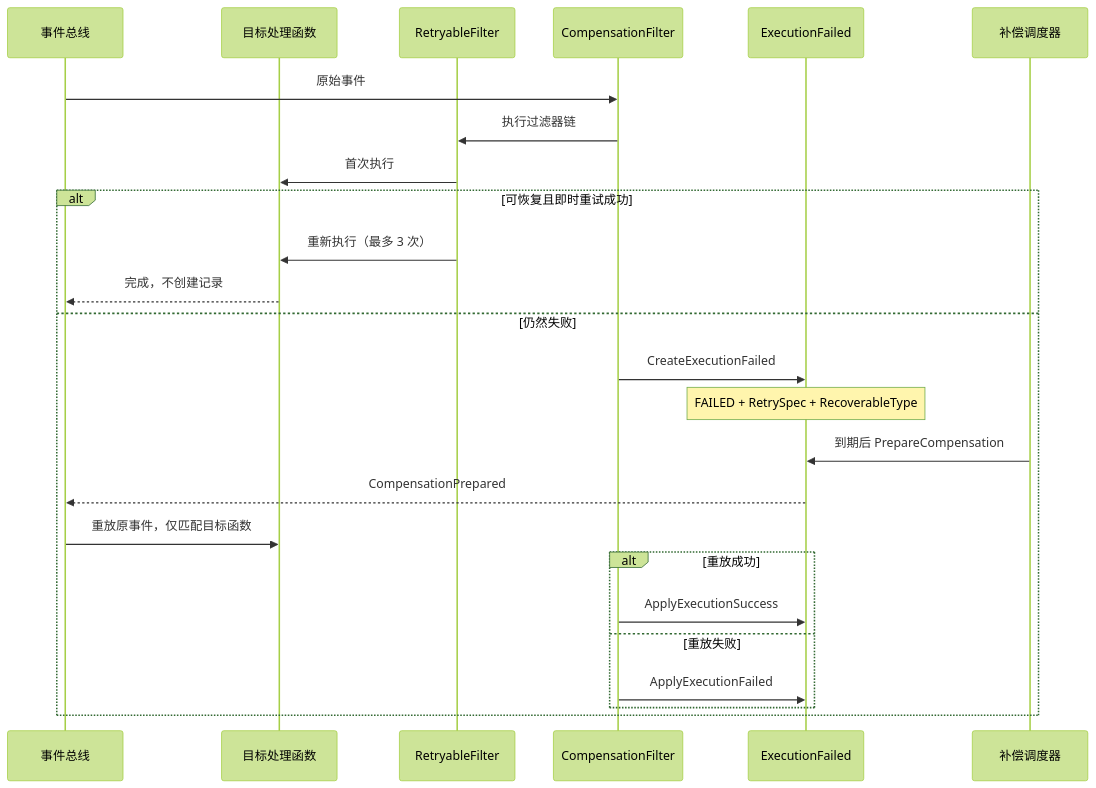
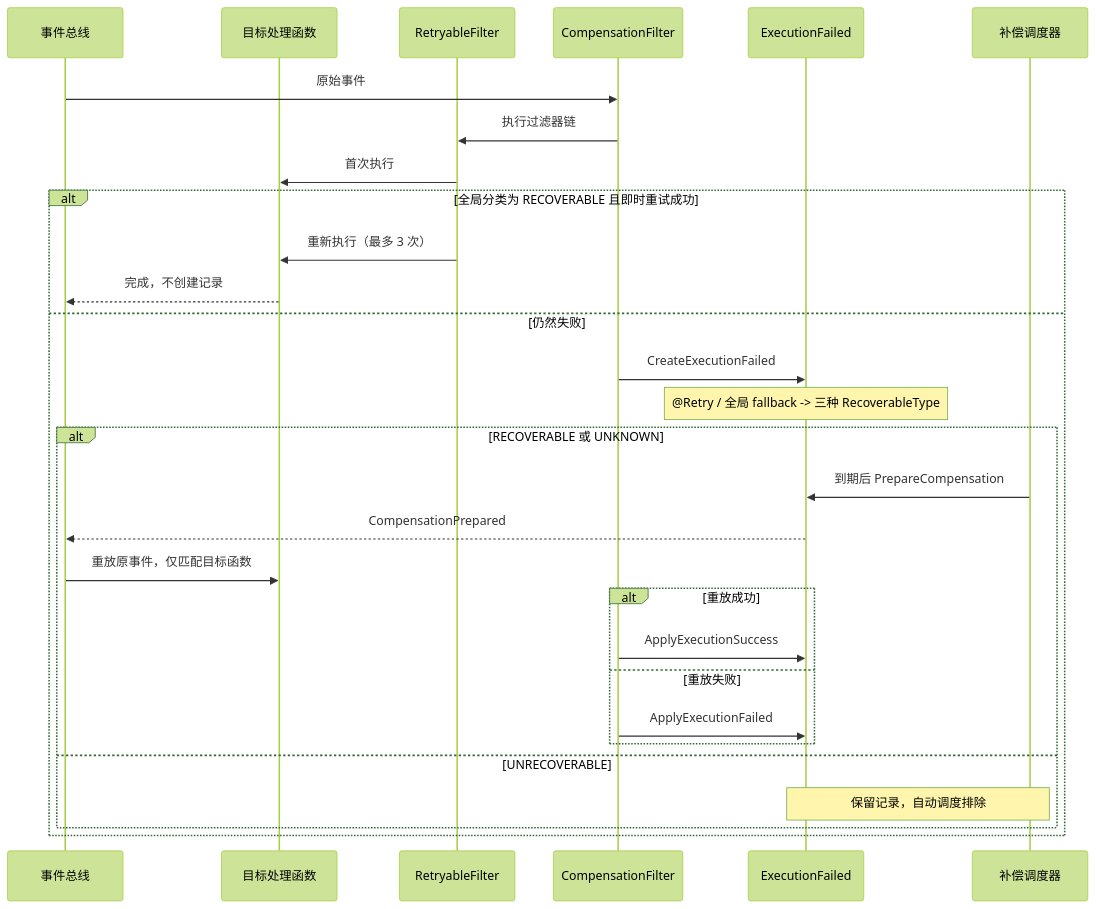
One commit to Ahoo-Wang/Wow changed the second of 2 diagrams in documentation/docs/zh/guide/event-compensation.md. Above: the diagram before and after it, drawn with Mermaid (forest theme). The commit also changed other lines of this file and 3 other files, not shown here.

````diff
--- a/documentation/docs/zh/guide/event-compensation.md
+++ b/documentation/docs/zh/guide/event-compensation.md
@@ -67,28 +73,32 @@
 ```mermaid
 sequenceDiagram
     participant EventBus as 事件总线
     participant Handler as 目标处理函数
     participant Immediate as RetryableFilter
     participant Filter as CompensationFilter
     participant Failed as ExecutionFailed
     participant Scheduler as 补偿调度器
 
     EventBus->>Filter: 原始事件
     Filter->>Immediate: 执行过滤器链
     Immediate->>Handler: 首次执行
-    alt 可恢复且即时重试成功
+    alt 全局分类为 RECOVERABLE 且即时重试成功
         Immediate->>Handler: 重新执行（最多 3 次）
         Handler-->>EventBus: 完成，不创建记录
     else 仍然失败
         Filter->>Failed: CreateExecutionFailed
-        Note over Failed: FAILED + RetrySpec + RecoverableType
-        Scheduler->>Failed: 到期后 PrepareCompensation
-        Failed-->>EventBus: CompensationPrepared
-        EventBus->>Handler: 重放原事件，仅匹配目标函数
-        alt 重放成功
-            Filter->>Failed: ApplyExecutionSuccess
-        else 重放失败
-            Filter->>Failed: ApplyExecutionFailed
+        Note over Failed: @Retry / 全局 fallback -> 三种 RecoverableType
+        alt RECOVERABLE 或 UNKNOWN
+            Scheduler->>Failed: 到期后 PrepareCompensation
+            Failed-->>EventBus: CompensationPrepared
+            EventBus->>Handler: 重放原事件，仅匹配目标函数
+            alt 重放成功
+                Filter->>Failed: ApplyExecutionSuccess
+            else 重放失败
+                Filter->>Failed: ApplyExecutionFailed
+            end
+        else UNRECOVERABLE
+            Note over Failed,Scheduler: 保留记录，自动调度排除
         end
     end
 ```
````
